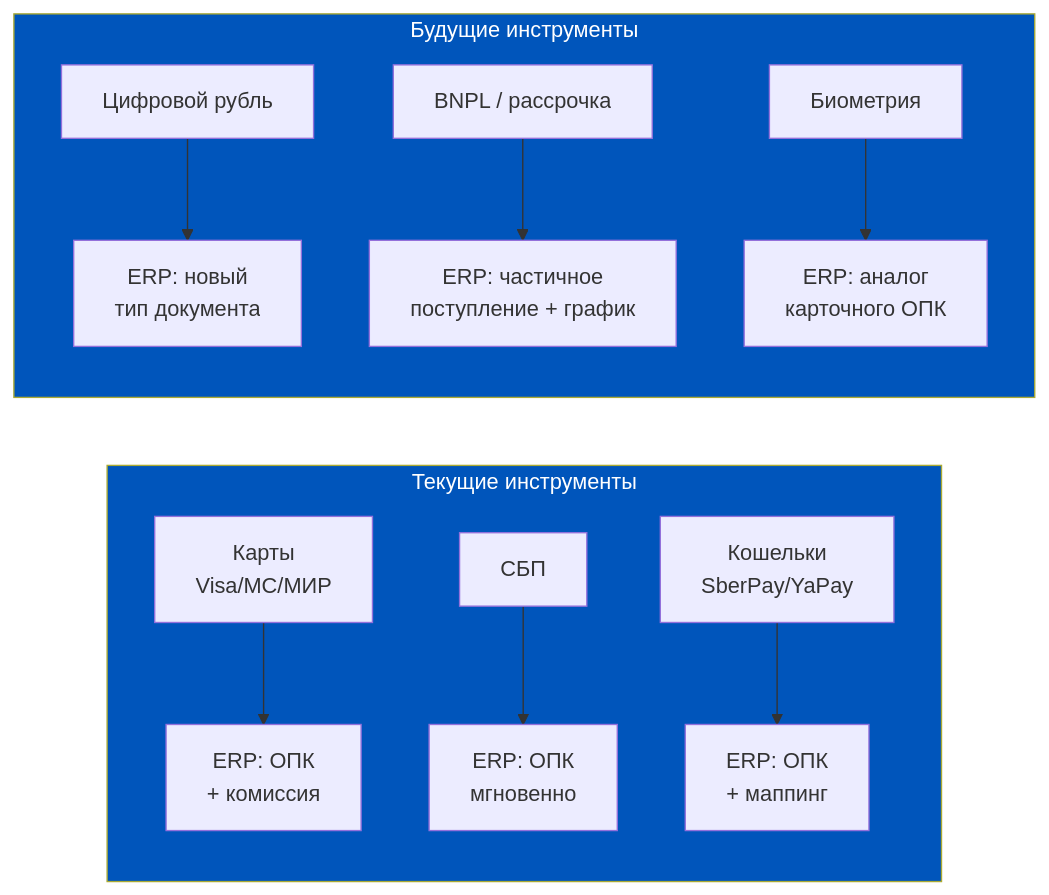
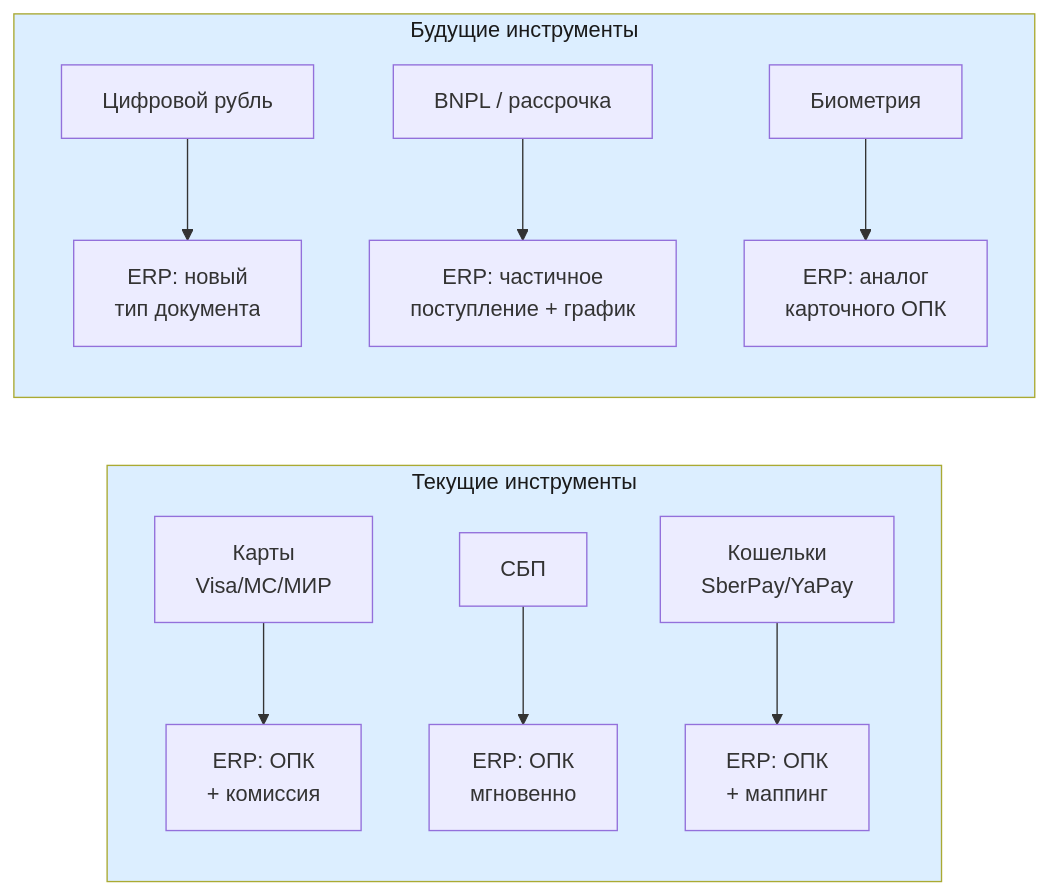
One commit to murad1986/1c-erp-quartz changed the seventh of 7 diagrams in content/1c-erp/week_8/Неделя 8 - День 4 - Эквайринг и чеки.md. Above: the diagram before and after it, drawn with Mermaid. The commit also changed other lines of this file and 57 other files, not shown here.

First line of the commit message:
fix: Mermaid — пастельные цвета в источниках диаграмм (56 файлов)

````diff
--- a/content/1c-erp/week_8/Неделя 8 - День 4 - Эквайринг и чеки.md
+++ b/content/1c-erp/week_8/Неделя 8 - День 4 - Эквайринг и чеки.md
@@ -473,18 +473,18 @@
 ```mermaid
 flowchart LR
     subgraph Сейчас["Текущие инструменты"]
         direction TB
         C1[Карты<br/>Visa/MC/МИР] --> ERP1[ERP: ОПК<br/>+ комиссия]
         C2[СБП] --> ERP2[ERP: ОПК<br/>мгновенно]
         C3[Кошельки<br/>SberPay/YaPay] --> ERP3[ERP: ОПК<br/>+ маппинг]
     end
     subgraph Будущее["Будущие инструменты"]
         direction TB
         F1[Цифровой рубль] --> ERP4[ERP: новый<br/>тип документа]
         F2[BNPL / рассрочка] --> ERP5[ERP: частичное<br/>поступление + график]
         F3[Биометрия] --> ERP6[ERP: аналог<br/>карточного ОПК]
     end
 
-    style Сейчас fill:#0055BB,color:#fff
-    style Будущее fill:#0055BB,color:#fff
+    style Сейчас fill:#dceeff,color:#1a1a1a
+    style Будущее fill:#dceeff,color:#1a1a1a
 ```
````
